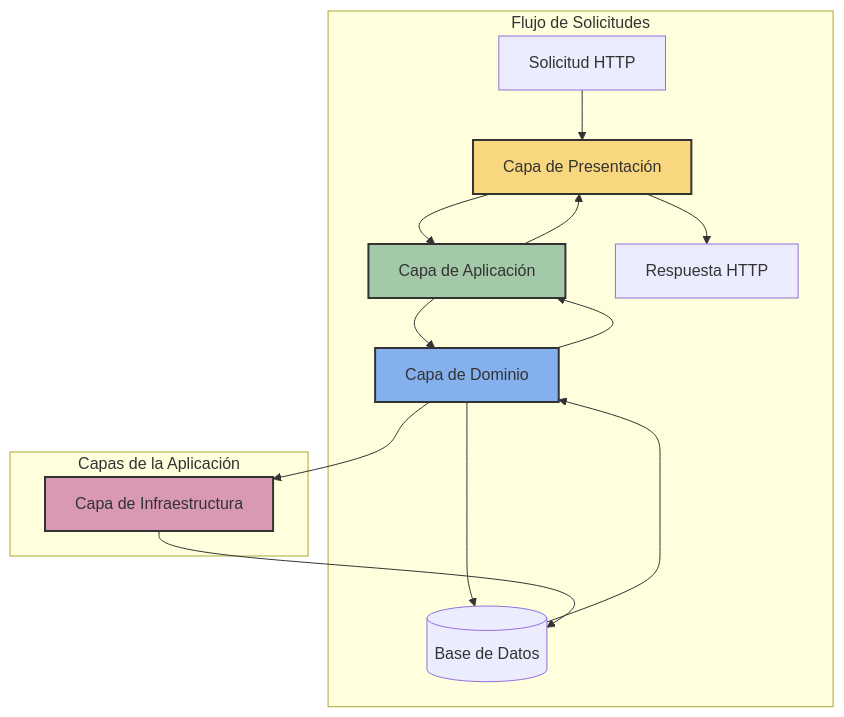
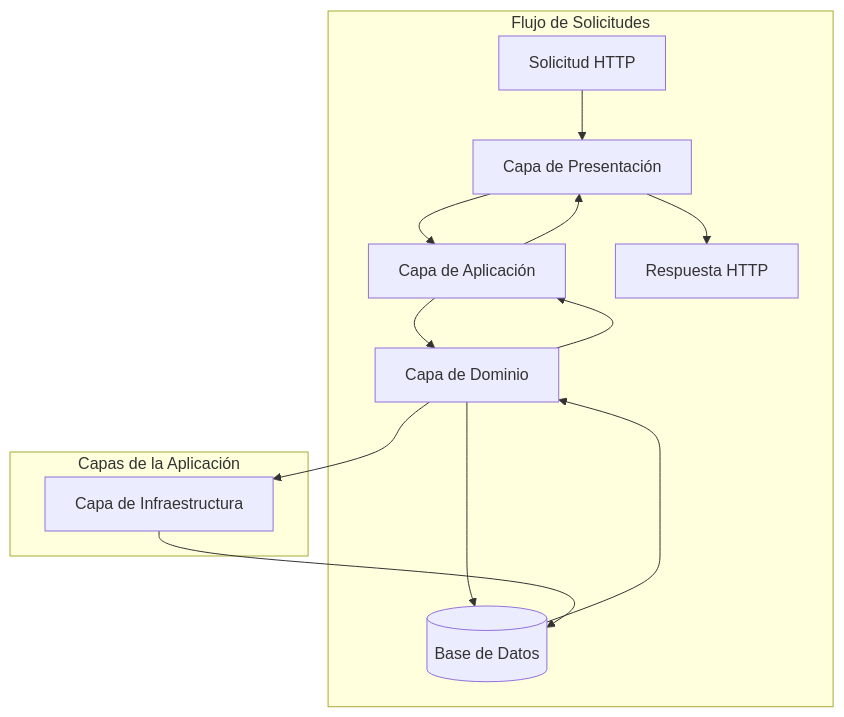
One commit to aialphanovatide/software-architecture-guide changed the first of 2 diagrams in docs/architecture/layered/layered.md. Above: the diagram before and after it, drawn with Mermaid. The commit also changed other lines of this file and 8 other files, not shown here.

````diff
--- a/docs/architecture/layered/layered.md
+++ b/docs/architecture/layered/layered.md
@@ -16,28 +16,23 @@
 ```mermaid
 graph TD
     subgraph "Flujo de Solicitudes"
         Request[Solicitud HTTP] --> C
         C --> S
         S --> R
         R --> DB[(Base de Datos)]
         DB --> R
         R --> S
         S --> C
         C --> Response[Respuesta HTTP]
     end
     
     subgraph "Capas de la Aplicación"
         C[Capa de Presentación]
         S[Capa de Aplicación]
         R[Capa de Dominio]
         I[Capa de Infraestructura]
     end
     
     R --> I
     I --> DB
-    
-    style C fill:#f9d77e,stroke:#333,stroke-width:2px
-    style S fill:#a3c9a8,stroke:#333,stroke-width:2px
-    style R fill:#84b1ed,stroke:#333,stroke-width:2px
-    style I fill:#d998b3,stroke:#333,stroke-width:2px
 ```
````
